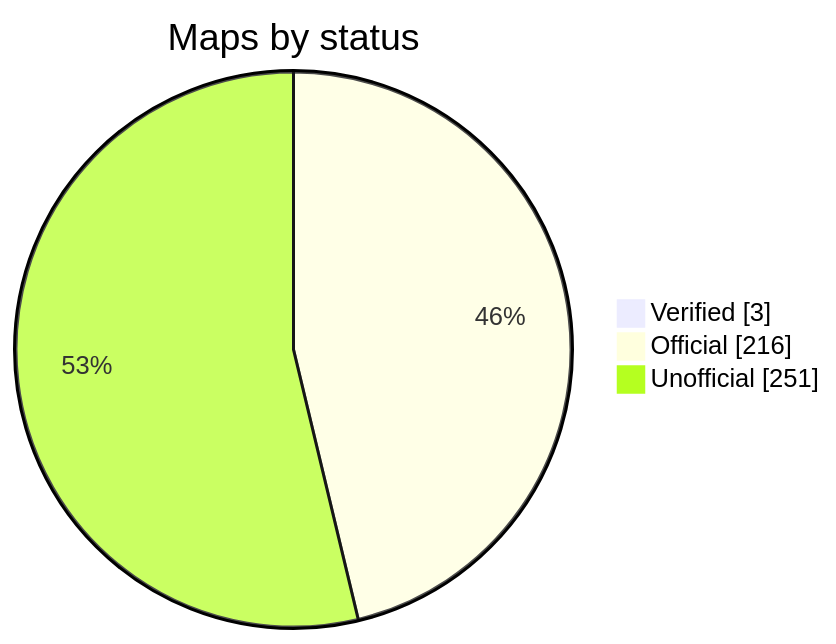
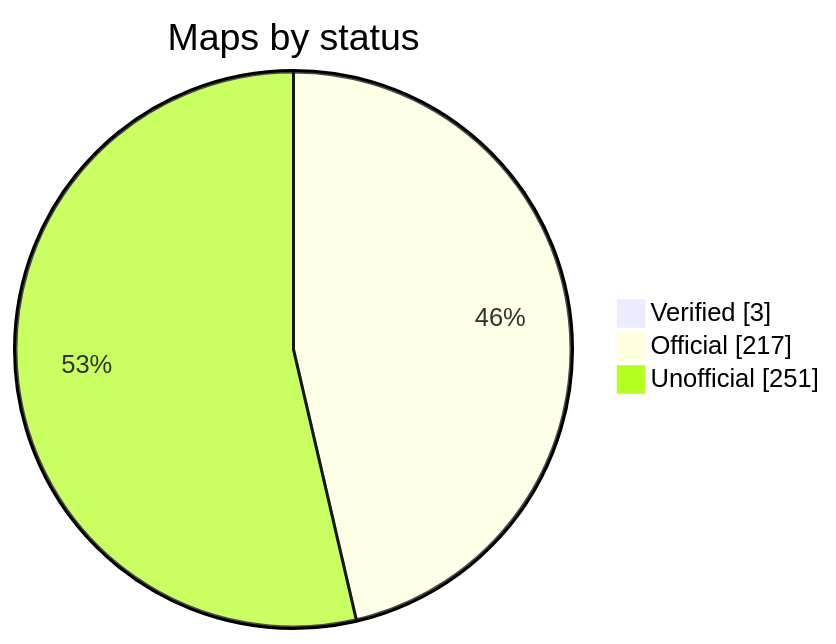
Before and after one commit to nobrega8/mbmap-library: the diagram in README.md, drawn with Mermaid. The commit also changed 3 other files, not shown here.

````diff
--- a/README.md
+++ b/README.md
@@ -48,7 +48,7 @@
 ```mermaid
 pie showData
     title Maps by status
     "Verified" : 3
-    "Official" : 216
+    "Official" : 217
     "Unofficial" : 251
 ```
````
